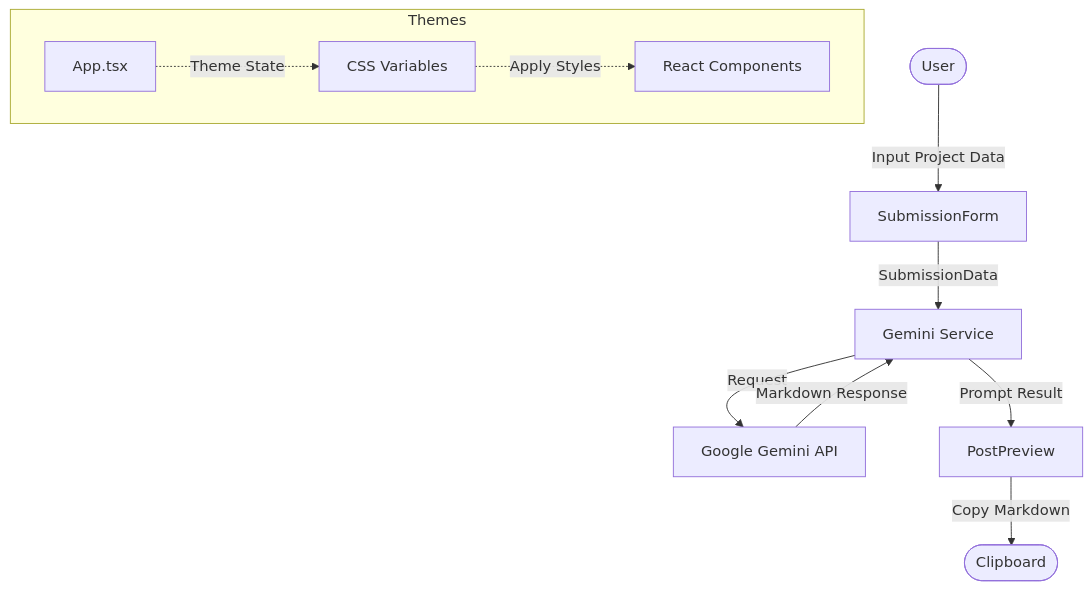
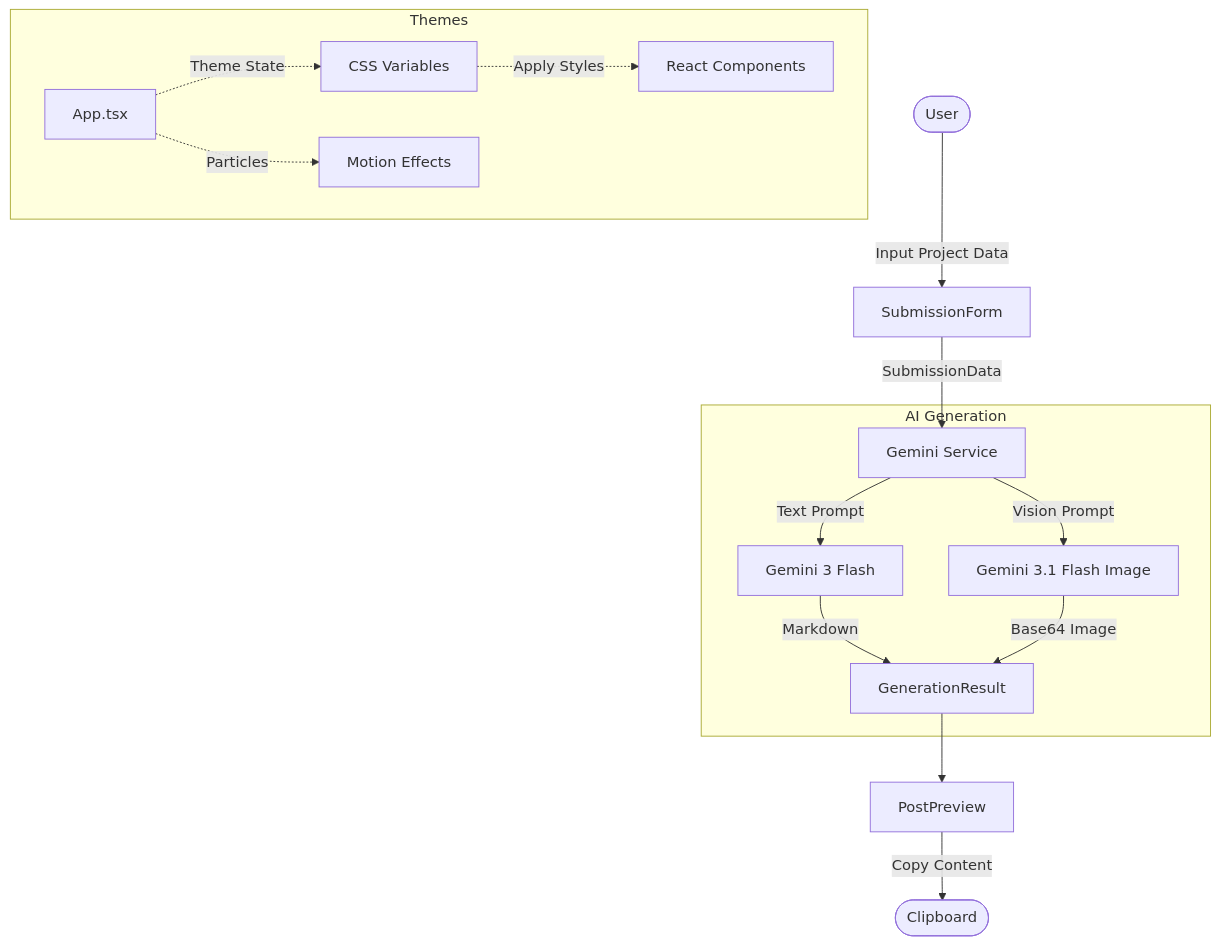
The diagram in ARCHITECTURE.md (vero-code/forktopost), drawn with Mermaid before and after one commit. The commit also changed other lines of this file and 1 other file, not shown here.

````diff
--- a/ARCHITECTURE.md
+++ b/ARCHITECTURE.md
@@ -13,14 +13,21 @@
 ```mermaid
 graph TD
     User([User]) -->|Input Project Data| Form[SubmissionForm]
     Form -->|SubmissionData| API[Gemini Service]
-    API -->|Request| Gemini[Google Gemini API]
-    Gemini -->|Markdown Response| API
-    API -->|Prompt Result| Preview[PostPreview]
-    Preview -->|Copy Markdown| Clipboard([Clipboard])
+    
+    subgraph AI Generation
+        API -->|Text Prompt| GeminiText[Gemini 3 Flash]
+        API -->|Vision Prompt| GeminiImage[Gemini 3.1 Flash Image]
+        GeminiText -->|Markdown| Result
+        GeminiImage -->|Base64 Image| Result
+    end
+
+    Result[GenerationResult] --> Preview[PostPreview]
+    Preview -->|Copy Content| Clipboard([Clipboard])
     
     subgraph Themes
         App[App.tsx] -.->|Theme State| CSS[CSS Variables]
         CSS -.->|Apply Styles| UI[React Components]
+        App -.->|Particles| Effects[Motion Effects]
     end
 ```
````
